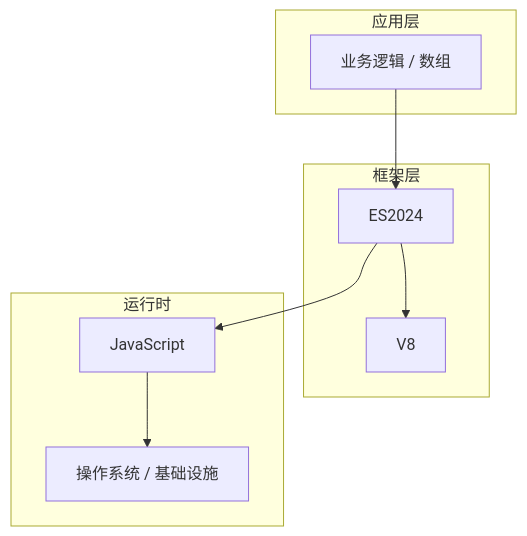
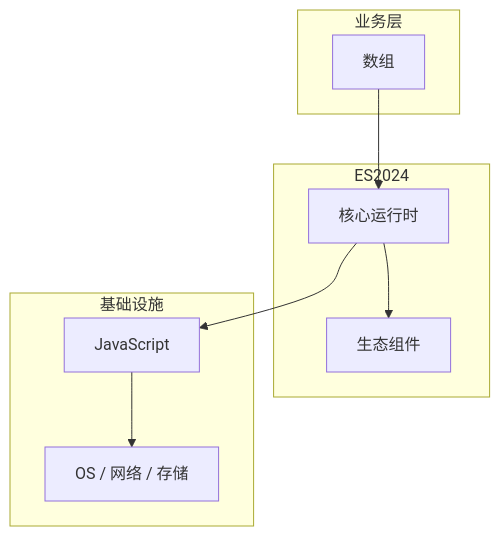
Before and after one commit to yanggan2015/knowledge-json-v2: the diagram in articles/JavaScript核心/chapters/073-数组核心概念与原理.md, drawn with Mermaid. The commit also changed other lines of this file and 10127 other files, not shown here.

````diff
--- a/articles/JavaScript核心/chapters/073-数组核心概念与原理.md
+++ b/articles/JavaScript核心/chapters/073-数组核心概念与原理.md
@@ -45,18 +34,18 @@
 ```mermaid
 graph TB
-    subgraph 应用层
-        A[业务逻辑 / 数组]
+    subgraph 业务层
+        A[数组]
     end
-    subgraph 框架层
-        B[ES2024]
-        C[V8]
+    subgraph ES2024
+        B[核心运行时]
+        C[生态组件]
     end
-    subgraph 运行时
+    subgraph 基础设施
         D[JavaScript]
-        E[操作系统 / 基础设施]
+        E[OS / 网络 / 存储]
     end
     A --> B
     B --> C
     B --> D
     D --> E
 ```
````
